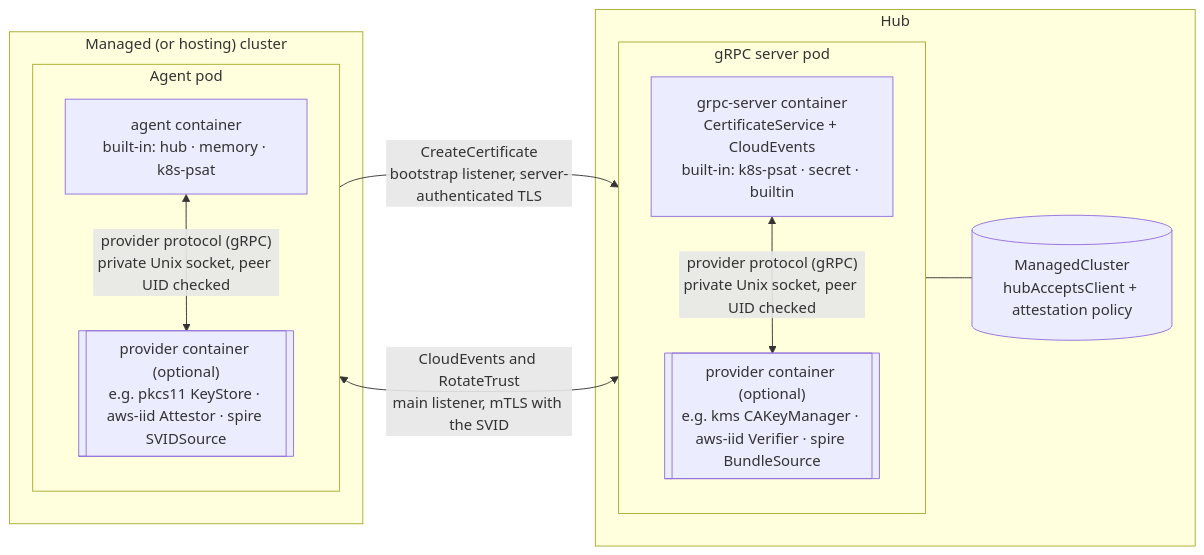
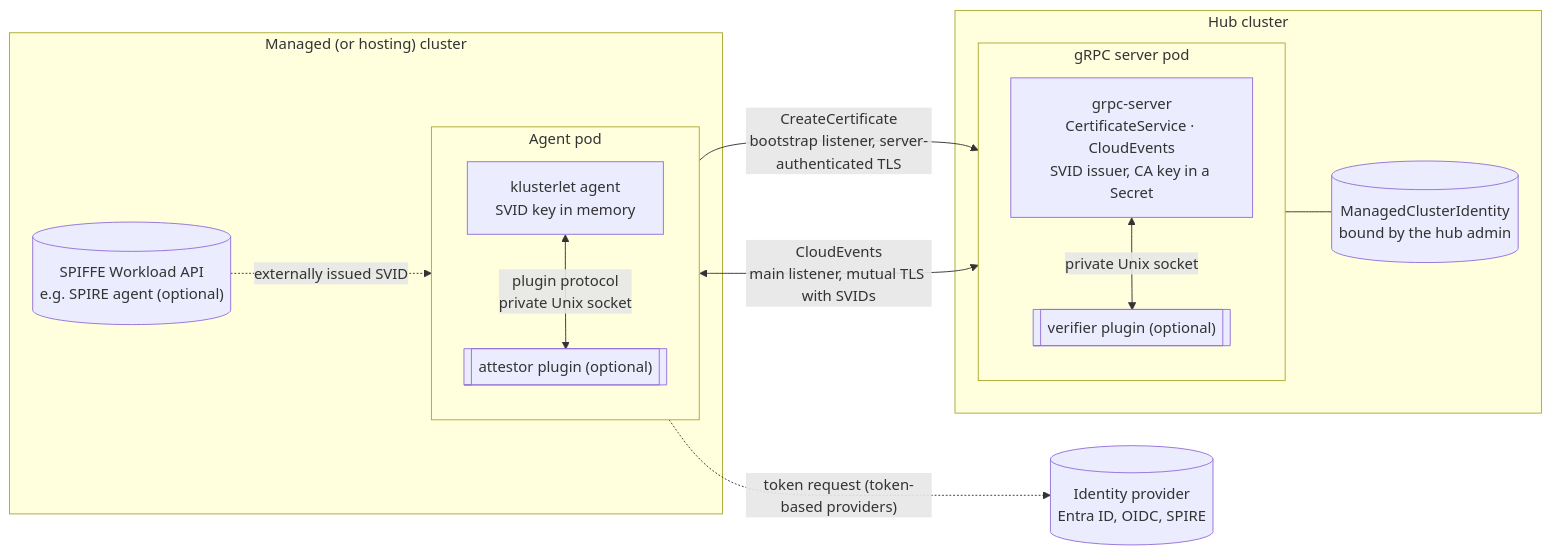
Before and after one commit to open-cluster-management-io/enhancements: the diagram in enhancements/sig-architecture/199-spiffe-pluggable-registration/README.md, drawn with Mermaid. The commit also changed other lines of this file and 1 other file, not shown here.

First line of the commit message:
📝 Rewrite KEP: pluggable SPIFFE identity for hub and klusterlet

````diff
--- a/enhancements/sig-architecture/199-spiffe-pluggable-registration/README.md
+++ b/enhancements/sig-architecture/199-spiffe-pluggable-registration/README.md
@@ -148,23 +150,27 @@
 ```mermaid
 flowchart LR
   subgraph MC["Managed (or hosting) cluster"]
     subgraph APOD["Agent pod"]
       direction TB
-      AG["agent container<br/>built-in: hub · memory · k8s-psat"]
-      AP[["provider container (optional)<br/>e.g. pkcs11 KeyStore · aws-iid Attestor · spire SVIDSource"]]
-      AG <-- "provider protocol (gRPC)<br/>private Unix socket, peer UID checked" --> AP
+      AG["klusterlet agent<br/>SVID key in memory"]
+      AP[["attestor plugin (optional)"]]
+      AG <-- "plugin protocol<br/>private Unix socket" --> AP
     end
+    WAPI[("SPIFFE Workload API<br/>e.g. SPIRE agent (optional)")]
+    WAPI -. "externally issued SVID" .-> AG
   end
-  subgraph HUB["Hub"]
+  subgraph HUB["Hub cluster"]
     subgraph GPOD["gRPC server pod"]
       direction TB
-      GS["grpc-server container<br/>CertificateService + CloudEvents<br/>built-in: k8s-psat · secret · builtin"]
-      HP[["provider container (optional)<br/>e.g. kms CAKeyManager · aws-iid Verifier · spire BundleSource"]]
-      GS <-- "provider protocol (gRPC)<br/>private Unix socket, peer UID checked" --> HP
+      GS["grpc-server<br/>CertificateService · CloudEvents<br/>SVID issuer, CA key in a Secret"]
+      VP[["verifier plugin (optional)"]]
+      GS <-- "private Unix socket" --> VP
     end
-    MCR[("ManagedCluster<br/>hubAcceptsClient + attestation policy")]
-    GS --- MCR
+    MCI[("ManagedClusterIdentity<br/>bound by the hub admin")]
+    GS --- MCI
   end
+  IDP[("Identity provider<br/>Entra ID, OIDC, SPIRE")]
+  AG -. "token request (token-based providers)" .-> IDP
   AG -- "CreateCertificate<br/>bootstrap listener, server-authenticated TLS" --> GS
-  AG <-- "CloudEvents and RotateTrust<br/>main listener, mTLS with the SVID" --> GS
+  AG <-- "CloudEvents<br/>main listener, mutual TLS with SVIDs" --> GS
 ```
````
